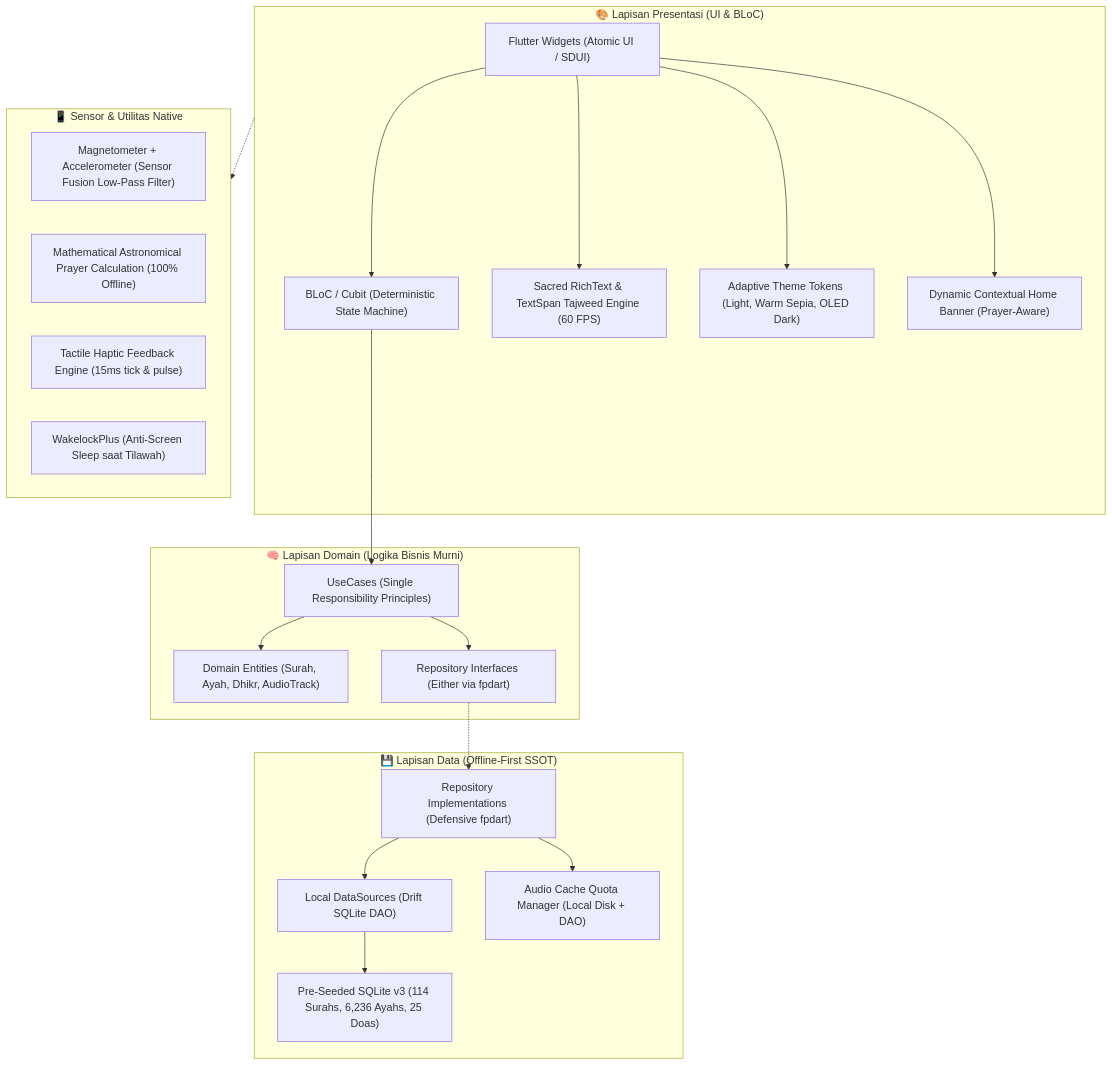
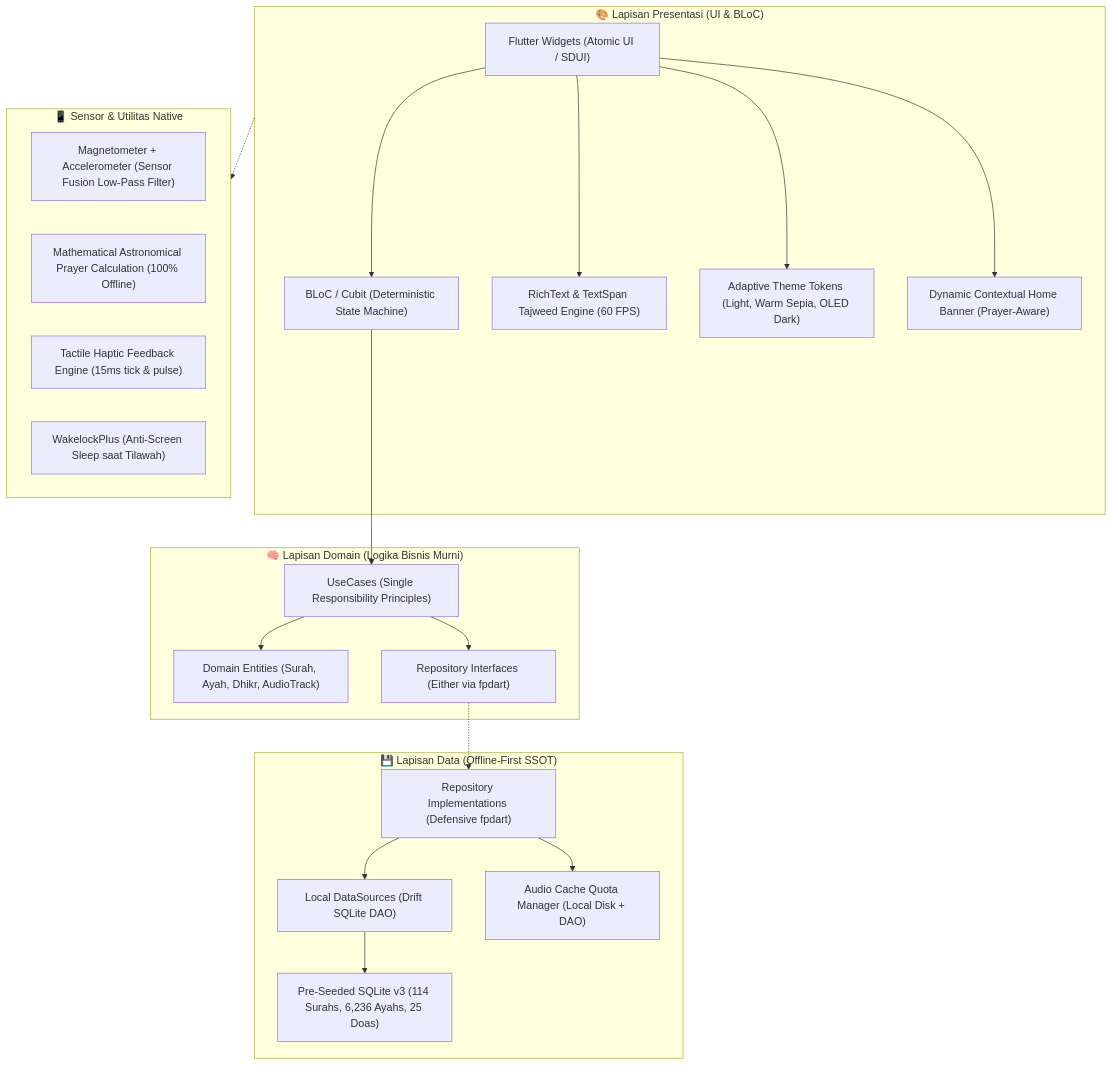
One commit to Michaelo7710/quranapp-showcase changed the first of 3 diagrams in README.md. Above: the diagram before and after it, drawn with Mermaid. The commit also changed other lines of this file, not shown here.

````diff
--- a/README.md
+++ b/README.md
@@ -53,43 +53,43 @@
 ```mermaid
 flowchart TD
     subgraph PresentationLayer["🎨 Lapisan Presentasi (UI & BLoC)"]
         UI["Flutter Widgets (Atomic UI / SDUI)"]
         Bloc["BLoC / Cubit (Deterministic State Machine)"]
-        RichTextEngine["Sacred RichText & TextSpan Tajweed Engine (60 FPS)"]
+        RichTextEngine["RichText & TextSpan Tajweed Engine (60 FPS)"]
         ThemeSystem["Adaptive Theme Tokens (Light, Warm Sepia, OLED Dark)"]
         DynamicBanner["Dynamic Contextual Home Banner (Prayer-Aware)"]
         UI --> Bloc
         UI --> RichTextEngine
         UI --> ThemeSystem
         UI --> DynamicBanner
     end
 
     subgraph DomainLayer["🧠 Lapisan Domain (Logika Bisnis Murni)"]
         Entities["Domain Entities (Surah, Ayah, Dhikr, AudioTrack)"]
         UseCases["UseCases (Single Responsibility Principles)"]
         RepoContract["Repository Interfaces (Either<Failure, T> via fpdart)"]
         Bloc --> UseCases
         UseCases --> RepoContract
         UseCases --> Entities
     end
 
     subgraph DataLayer["💾 Lapisan Data (Offline-First SSOT)"]
         RepoImpl["Repository Implementations (Defensive fpdart)"]
         LocalDataSource["Local DataSources (Drift SQLite DAO)"]
         PreSeededDB["Pre-Seeded SQLite v3 (114 Surahs, 6,236 Ayahs, 25 Doas)"]
         AudioCache["Audio Cache Quota Manager (Local Disk + DAO)"]
         RepoContract -.-> RepoImpl
         RepoImpl --> LocalDataSource
         LocalDataSource --> PreSeededDB
         RepoImpl --> AudioCache
     end
 
     subgraph HardwareLayer["📱 Sensor & Utilitas Native"]
         Magnetometer["Magnetometer + Accelerometer (Sensor Fusion Low-Pass Filter)"]
         AdhanMath["Mathematical Astronomical Prayer Calculation (100% Offline)"]
         HapticEngine["Tactile Haptic Feedback Engine (15ms tick & pulse)"]
         Wakelock["WakelockPlus (Anti-Screen Sleep saat Tilawah)"]
     end
 
     PresentationLayer -.-> HardwareLayer
 ```
````
